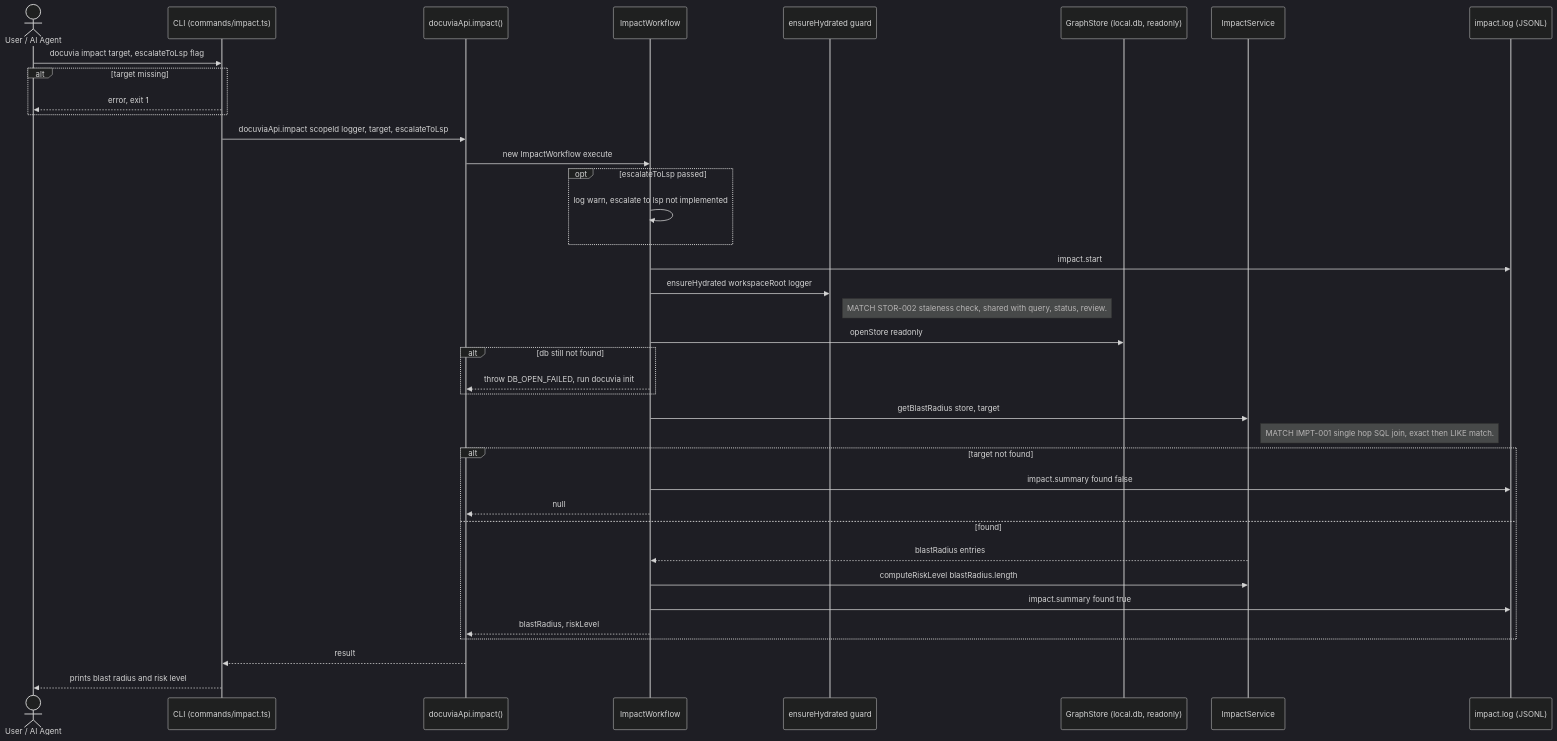
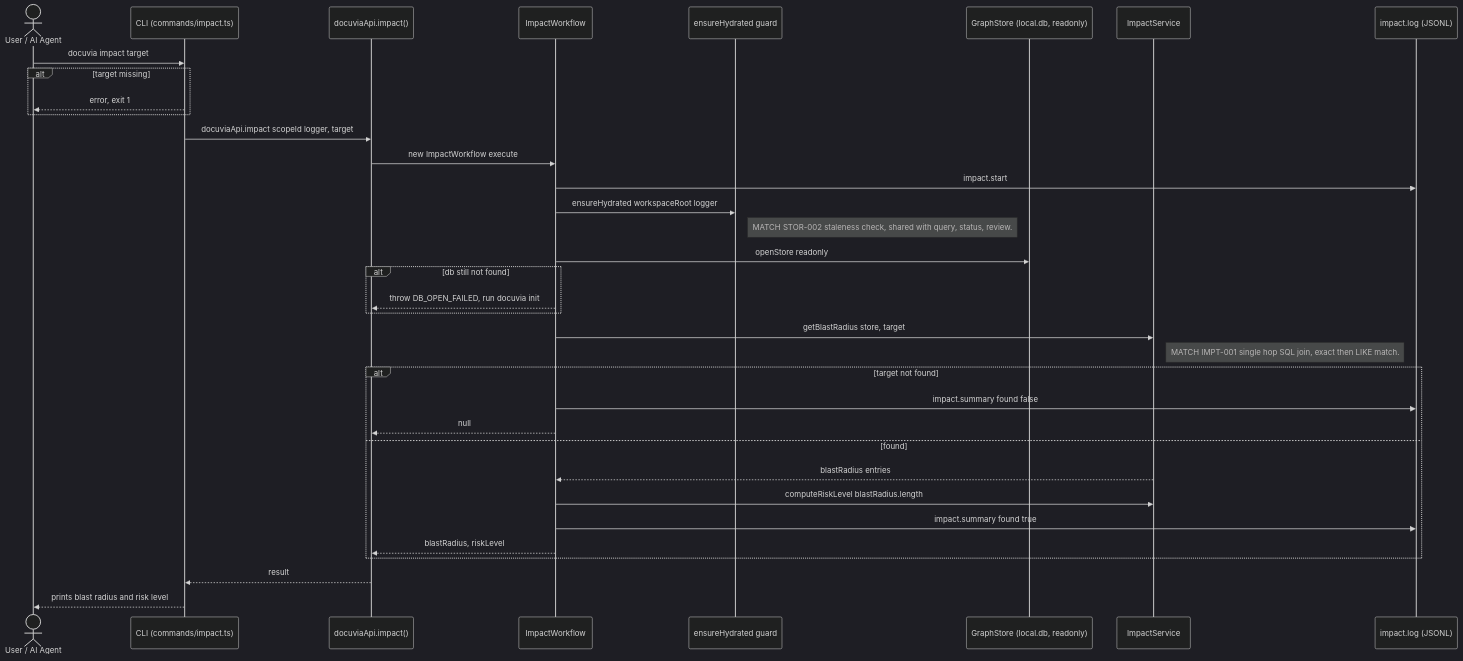
Before and after one commit to dyphn1/Docuvia: the diagram in docs/gitbook/workflows/impact-execution-flow.md, drawn with Mermaid (dark theme). The commit also changed other lines of this file and 43 other files, not shown here.

````diff
--- a/docs/gitbook/workflows/impact-execution-flow.md
+++ b/docs/gitbook/workflows/impact-execution-flow.md
@@ -11,45 +11,42 @@
 ```mermaid
 sequenceDiagram
     actor User as User / AI Agent
     participant CLI as CLI (commands/impact.ts)
     participant API as docuviaApi.impact()
     participant WF as ImpactWorkflow
     participant Hydr as ensureHydrated guard
     participant Store as GraphStore (local.db, readonly)
     participant Svc as ImpactService
     participant Log as impact.log (JSONL)
 
-    User->>CLI: docuvia impact target, escalateToLsp flag
+    User->>CLI: docuvia impact target
     alt target missing
         CLI-->>User: error, exit 1
     end
 
-    CLI->>API: docuviaApi.impact scopeId logger, target, escalateToLsp
+    CLI->>API: docuviaApi.impact scopeId logger, target
     API->>WF: new ImpactWorkflow execute
-    opt escalateToLsp passed
-        WF->>WF: log warn, escalate to lsp not implemented
-    end
     WF->>Log: impact.start
 
     WF->>Hydr: ensureHydrated workspaceRoot logger
     Note right of Hydr: MATCH STOR-002 staleness check, shared with query, status, review.
 
     WF->>Store: openStore readonly
     alt db still not found
         WF-->>API: throw DB_OPEN_FAILED, run docuvia init
     end
 
     WF->>Svc: getBlastRadius store, target
     Note right of Svc: MATCH IMPT-001 single hop SQL join, exact then LIKE match.
     alt target not found
         WF->>Log: impact.summary found false
         WF-->>API: null
     else found
         Svc-->>WF: blastRadius entries
         WF->>Svc: computeRiskLevel blastRadius.length
         WF->>Log: impact.summary found true
         WF-->>API: blastRadius, riskLevel
     end
     API-->>CLI: result
     CLI-->>User: prints blast radius and risk level
 ```
````
